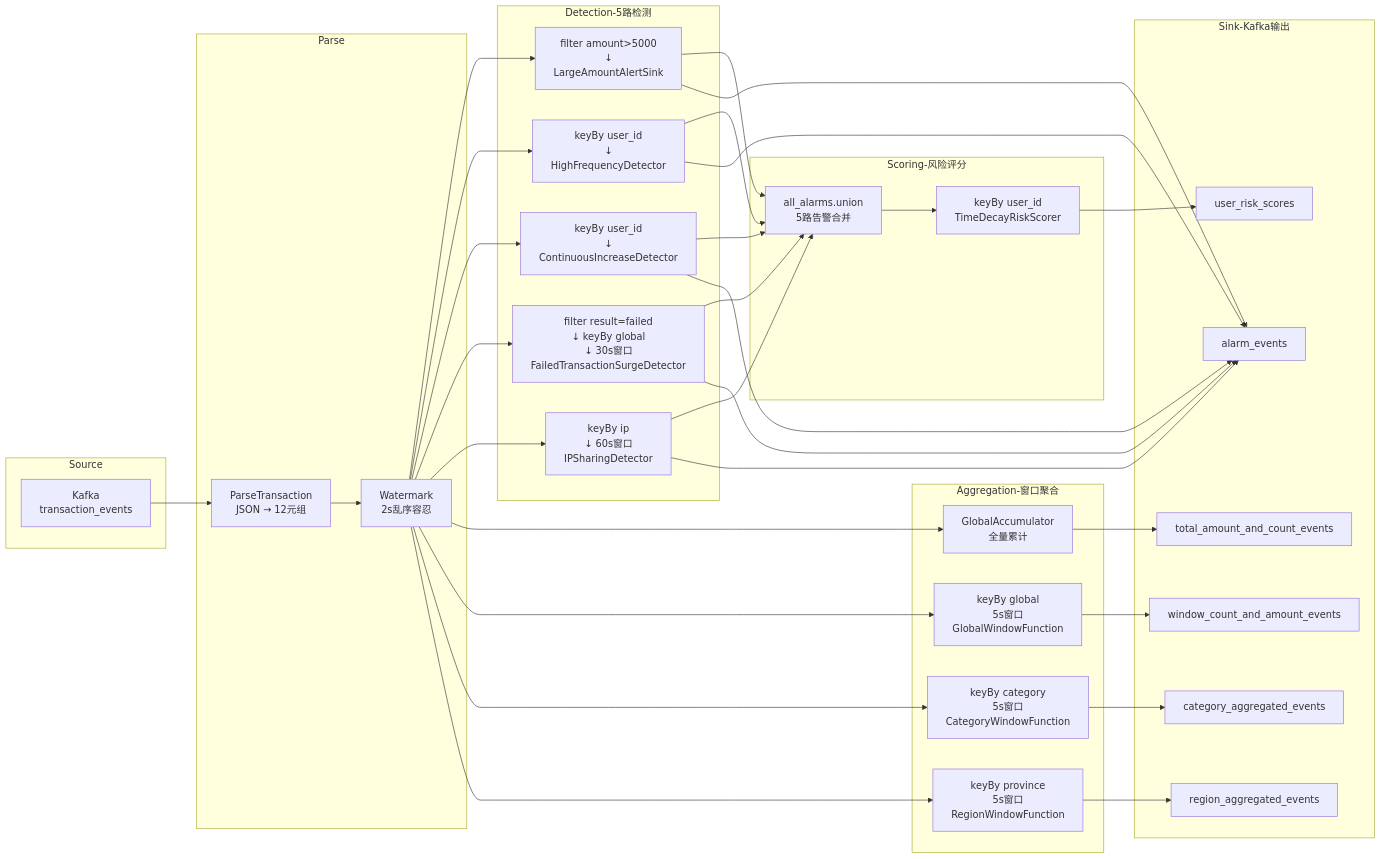
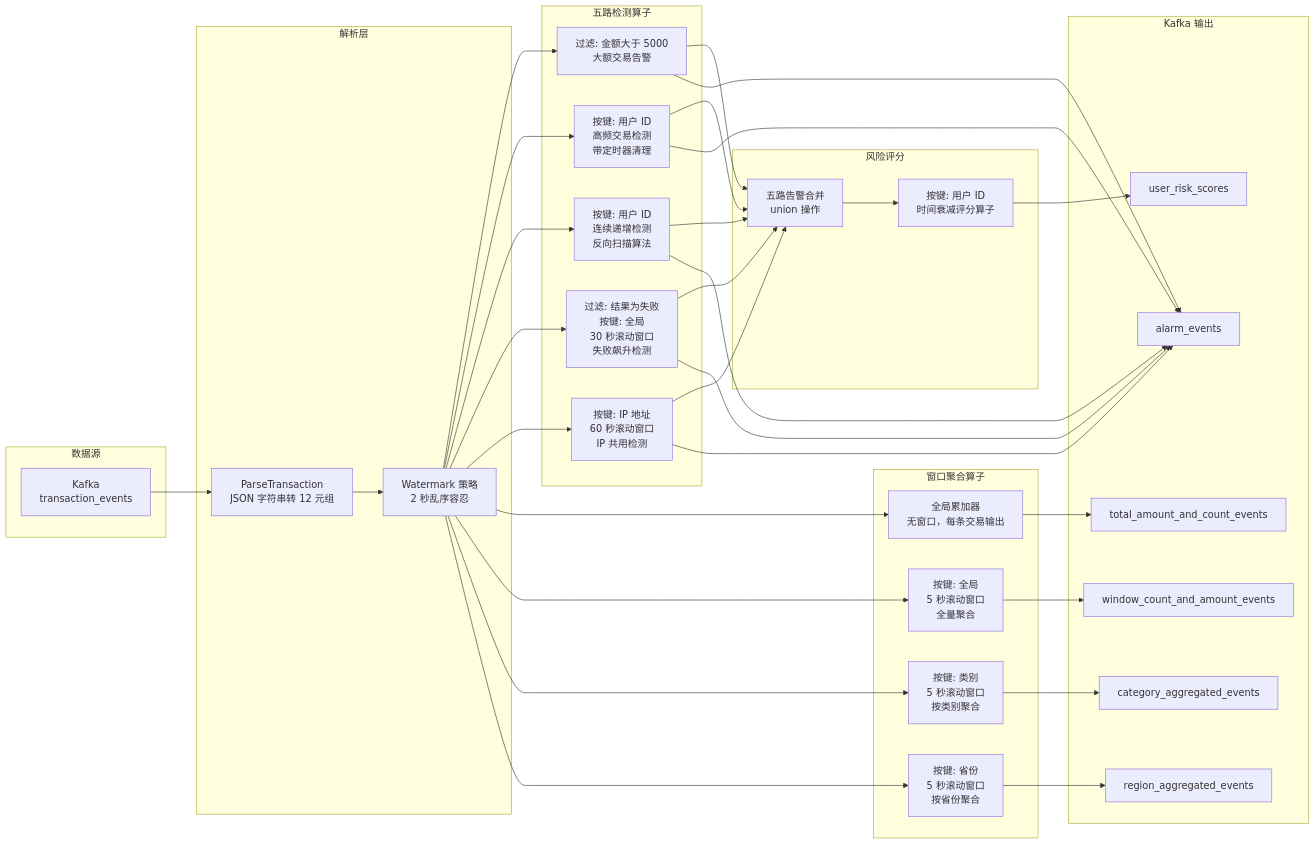
The third of 4 diagrams in 技术文档.md (Z-1220/pyflink-fraud-detection-lab), drawn with Mermaid before and after one commit. The commit also changed other lines of this file, not shown here.

First line of the commit message:
文档规范化：禁止代码块、禁止不规范箭头、图表补充说明文字

````diff
--- a/技术文档.md
+++ b/技术文档.md
@@ -338,71 +303,71 @@
 ```mermaid
 graph LR
-    subgraph Source
+    subgraph Source[数据源]
         K[Kafka<br/>transaction_events]
     end
 
-    subgraph Parse
-        P[ParseTransaction<br/>JSON → 12元组]
-        W[Watermark<br/>2s乱序容忍]
+    subgraph Parse[解析层]
+        P[ParseTransaction<br/>JSON 字符串转 12 元组]
+        W[Watermark 策略<br/>2 秒乱序容忍]
     end
 
     K --> P --> W
 
-    subgraph Detection-5路检测
-        L[filter amount>5000<br/>↓<br/>LargeAmountAlertSink]
-        H[keyBy user_id<br/>↓<br/>HighFrequencyDetector]
-        C[keyBy user_id<br/>↓<br/>ContinuousIncreaseDetector]
-        F[filter result=failed<br/>↓ keyBy global<br/>↓ 30s窗口<br/>FailedTransactionSurgeDetector]
-        I[keyBy ip<br/>↓ 60s窗口<br/>IPSharingDetector]
+    subgraph Detection[五路检测算子]
+        L[过滤: 金额大于 5000<br/>大额交易告警]
+        H[按键: 用户 ID<br/>高频交易检测<br/>带定时器清理]
+        C[按键: 用户 ID<br/>连续递增检测<br/>反向扫描算法]
+        F[过滤: 结果为失败<br/>按键: 全局<br/>30 秒滚动窗口<br/>失败飙升检测]
+        I[按键: IP 地址<br/>60 秒滚动窗口<br/>IP 共用检测]
     end
 
     W --> L
     W --> H
     W --> C
     W --> F
     W --> I
 
-    subgraph Aggregation-窗口聚合
-        GA[GlobalAccumulator<br/>全量累计]
-        GW[keyBy global<br/>5s窗口<br/>GlobalWindowFunction]
-        CW[keyBy category<br/>5s窗口<br/>CategoryWindowFunction]
-        RW[keyBy province<br/>5s窗口<br/>RegionWindowFunction]
+    subgraph Aggregation[窗口聚合算子]
+        GA[全局累加器<br/>无窗口，每条交易输出]
+        GW[按键: 全局<br/>5 秒滚动窗口<br/>全量聚合]
+        CW[按键: 类别<br/>5 秒滚动窗口<br/>按类别聚合]
+        RW[按键: 省份<br/>5 秒滚动窗口<br/>按省份聚合]
     end
 
     W --> GA
     W --> GW
     W --> CW
     W --> RW
 
-    subgraph Scoring-风险评分
-        UN[all_alarms.union<br/>5路告警合并]
-        TD[keyBy user_id<br/>TimeDecayRiskScorer]
+    subgraph Scoring[风险评分]
+        UN[五路告警合并<br/>union 操作]
+        TD[按键: 用户 ID<br/>时间衰减评分算子]
     end
 
     L --> UN
     H --> UN
     C --> UN
     F --> UN
     I --> UN
     UN --> TD
 
-    subgraph Sink-Kafka输出
+    subgraph Sink[Kafka 输出]
         K_ALARM[alarm_events]
         K_TOTAL[total_amount_and_count_events]
         K_WIN[window_count_and_amount_events]
         K_CAT[category_aggregated_events]
         K_REG[region_aggregated_events]
         K_SCORE[user_risk_scores]
     end
 
     L --> K_ALARM
     H --> K_ALARM
     C --> K_ALARM
     F --> K_ALARM
     I --> K_ALARM
     GA --> K_TOTAL
     GW --> K_WIN
     CW --> K_CAT
     RW --> K_REG
     TD --> K_SCORE
 ```
````
